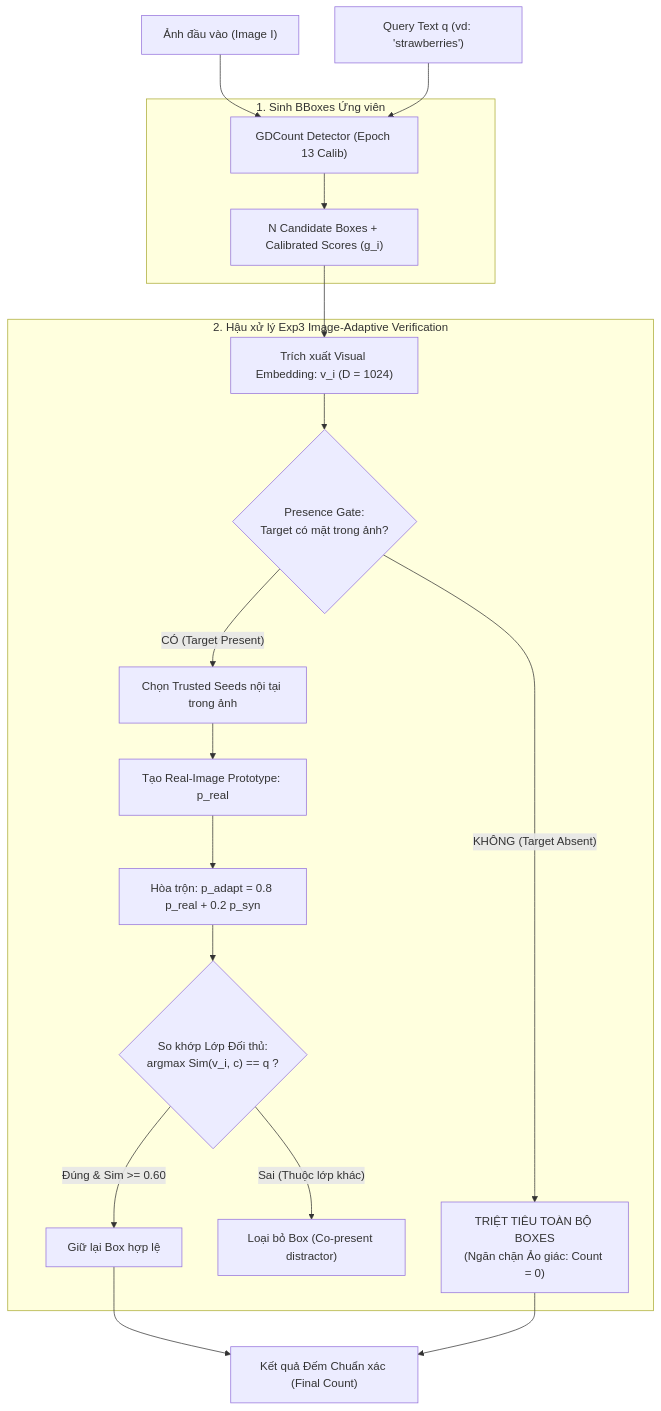
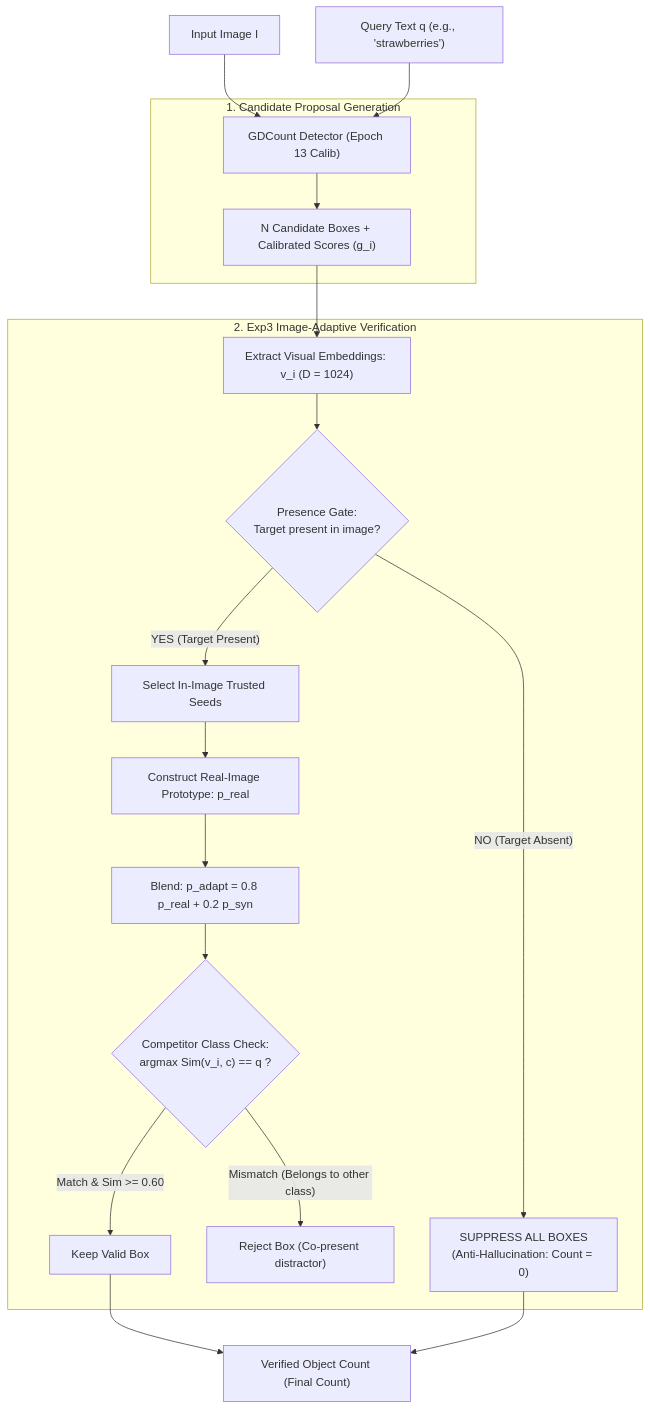
The diagram in README.md (tranbaotran216/gdcount), drawn with Mermaid before and after one commit. The commit also changed other lines of this file, not shown here.

````diff
--- a/README.md
+++ b/README.md
@@ -43,27 +44,27 @@
 ```mermaid
 flowchart TD
-    Img["Ảnh đầu vào (Image I)"] --> GD["GDCount Detector (Epoch 13 Calib)"]
-    Prompt["Query Text q (vd: 'strawberries')"] --> GD
+    Img["Input Image I"] --> GD["GDCount Detector (Epoch 13 Calib)"]
+    Prompt["Query Text q (e.g., 'strawberries')"] --> GD
     
-    subgraph DETECTOR ["1. Sinh BBoxes Ứng viên"]
+    subgraph DETECTOR ["1. Candidate Proposal Generation"]
         GD --> RawBoxes["N Candidate Boxes + Calibrated Scores (g_i)"]
     end
     
-    subgraph EXP3_POSTPROCESS ["2. Hậu xử lý Exp3 Image-Adaptive Verification"]
-        RawBoxes --> FeatExt["Trích xuất Visual Embedding: v_i (D = 1024)"]
-        FeatExt --> PresGate{"Presence Gate:<br/>Target có mặt trong ảnh?"}
+    subgraph EXP3_POSTPROCESS ["2. Exp3 Image-Adaptive Verification"]
+        RawBoxes --> FeatExt["Extract Visual Embeddings: v_i (D = 1024)"]
+        FeatExt --> PresGate{"Presence Gate:<br/>Target present in image?"}
         
-        PresGate -->|"KHÔNG (Target Absent)"| Suppress["TRIỆT TIÊU TOÀN BỘ BOXES<br/>(Ngăn chặn Ảo giác: Count = 0)"]
+        PresGate -->|"NO (Target Absent)"| Suppress["SUPPRESS ALL BOXES<br/>(Anti-Hallucination: Count = 0)"]
         
-        PresGate -->|"CÓ (Target Present)"| SeedPool["Chọn Trusted Seeds nội tại trong ảnh"]
-        SeedPool --> PReal["Tạo Real-Image Prototype: p_real"]
-        PReal --> PAdapt["Hòa trộn: p_adapt = 0.8 p_real + 0.2 p_syn"]
+        PresGate -->|"YES (Target Present)"| SeedPool["Select In-Image Trusted Seeds"]
+        SeedPool --> PReal["Construct Real-Image Prototype: p_real"]
+        PReal --> PAdapt["Blend: p_adapt = 0.8 p_real + 0.2 p_syn"]
         
-        PAdapt --> CompCheck{"So khớp Lớp Đối thủ:<br/>argmax Sim(v_i, c) == q ?"}
-        CompCheck -->|"Sai (Thuộc lớp khác)"| RejectComp["Loại bỏ Box (Co-present distractor)"]
-        CompCheck -->|"Đúng & Sim >= 0.60"| KeepBox["Giữ lại Box hợp lệ"]
+        PAdapt --> CompCheck{"Competitor Class Check:<br/>argmax Sim(v_i, c) == q ?"}
+        CompCheck -->|"Mismatch (Belongs to other class)"| RejectComp["Reject Box (Co-present distractor)"]
+        CompCheck -->|"Match & Sim >= 0.60"| KeepBox["Keep Valid Box"]
     end
     
-    KeepBox --> FinalCount["Kết quả Đếm Chuẩn xác (Final Count)"]
+    KeepBox --> FinalCount["Verified Object Count (Final Count)"]
     Suppress --> FinalCount
 ```
````
